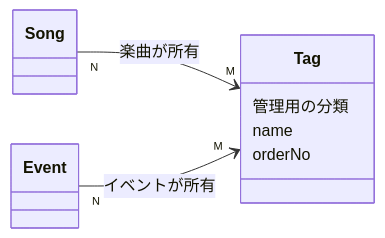
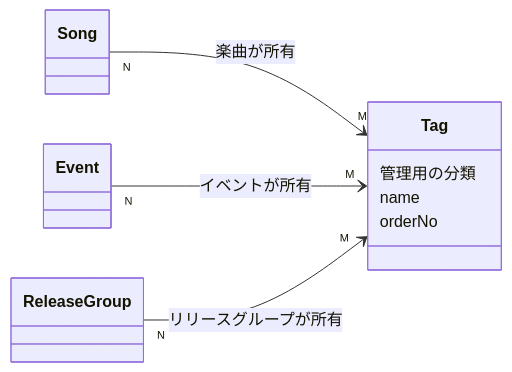
The diagram in docs/specs/tag.md (sayuprc/isekai-observatory), drawn with Mermaid before and after one commit. The commit also changed other lines of this file and 52 other files, not shown here.

````diff
--- a/docs/specs/tag.md
+++ b/docs/specs/tag.md
@@ -33,11 +33,12 @@
 ```mermaid
 classDiagram
   direction LR
   class Tag {
     管理用の分類
     name
     orderNo
   }
   Song "N" --> "M" Tag : 楽曲が所有
   Event "N" --> "M" Tag : イベントが所有
+  ReleaseGroup "N" --> "M" Tag : リリースグループが所有
 ```
````
